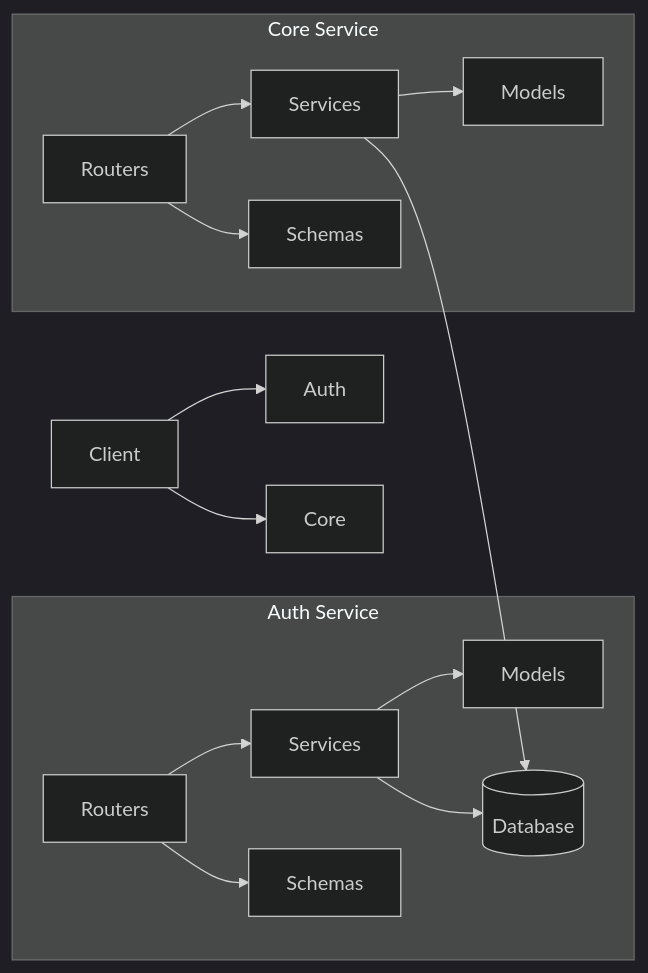
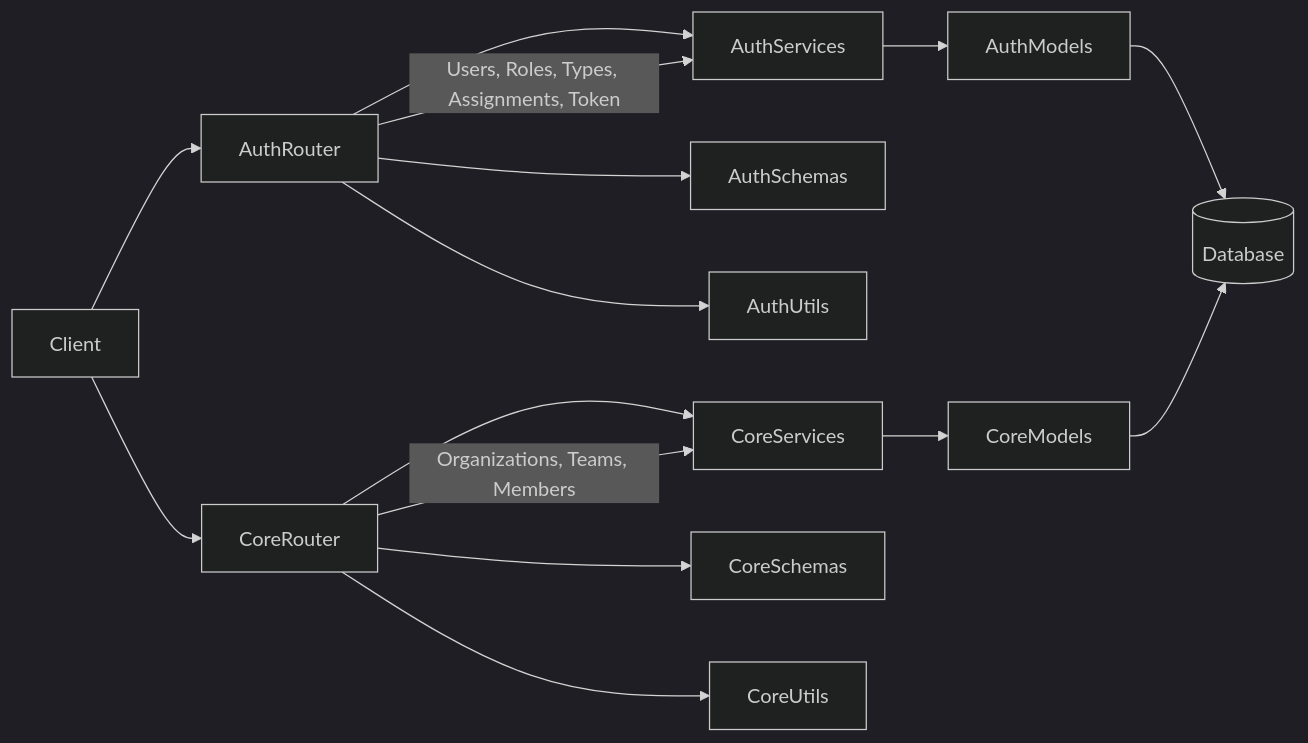
The diagram in README.md (Sampath-Dz/organization_app), drawn with Mermaid (dark theme) before and after one commit. The commit also changed other lines of this file, not shown here.

````diff
--- a/README.md
+++ b/README.md
@@ -145,21 +146,25 @@
 ```mermaid
 flowchart LR
-    Client --> Auth
-    Client --> Core
+    Client --> AuthRouter
+    Client --> CoreRouter
 
-    %% Auth Service
-    subgraph Auth Service
-        AR[Routers] --> AS[Services]
-        AS --> AM[Models]
-        AR --> ASch[Schemas]
-        AS --> DB[(Database)]
-    end
+    %% Auth Service Flow
+    AuthRouter --> AuthServices
+    AuthServices --> AuthModels
+    AuthModels --> DB[(Database)]
 
-    %% Core Service
-    subgraph Core Service
-        CR[Routers] --> CS[Services]
-        CS --> CM[Models]
-        CR --> CSch[Schemas]
-        CS --> DB
-    end
+    AuthRouter --> AuthSchemas
+    AuthRouter --> AuthUtils
+
+    %% Core Service Flow
+    CoreRouter --> CoreServices
+    CoreServices --> CoreModels
+    CoreModels --> DB
+
+    CoreRouter --> CoreSchemas
+    CoreRouter --> CoreUtils
+
+    %% API grouping labels
+    AuthRouter -->|Users, Roles, Types, Assignments, Token| AuthServices
+    CoreRouter -->|Organizations, Teams, Members| CoreServices
 ```
````
